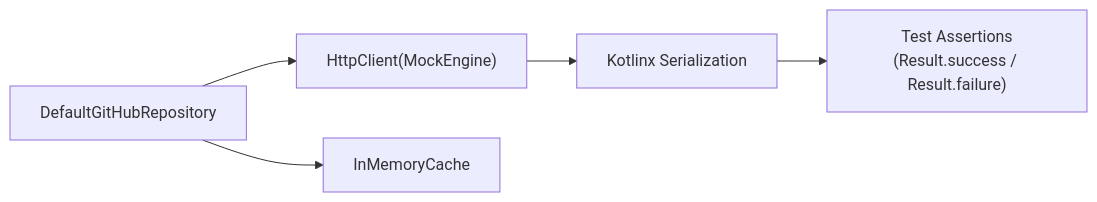
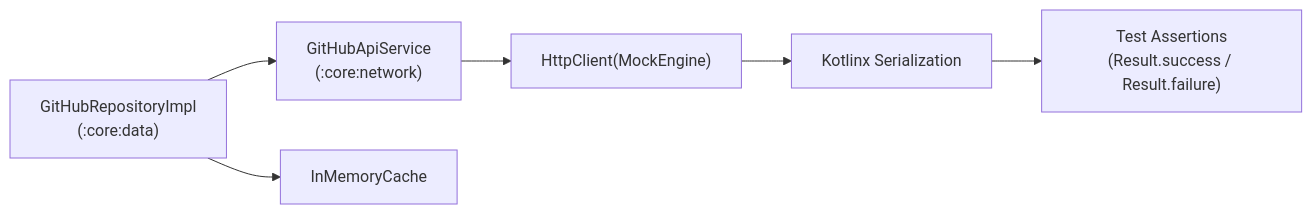
Before and after one commit to dinkar1708/dinakar-android-engineer-codecheck: the diagram in docs/02_project_architecture/testing/02_integration_testing.md, drawn with Mermaid. The commit also changed other lines of this file and 6 other files, not shown here.

First line of the commit message:
docs(testing): update architecture paths and add official testing references

````diff
--- a/docs/02_project_architecture/testing/02_integration_testing.md
+++ b/docs/02_project_architecture/testing/02_integration_testing.md
@@ -14,7 +14,8 @@
 ```mermaid
 flowchart LR
-    Repo["DefaultGitHubRepository"] --> KtorClient["HttpClient(MockEngine)"]
+    Repo["GitHubRepositoryImpl<br/>(:core:data)"] --> ApiService["GitHubApiService<br/>(:core:network)"]
+    ApiService --> KtorClient["HttpClient(MockEngine)"]
     KtorClient --> Serializer["Kotlinx Serialization"]
     Serializer --> Assertions["Test Assertions<br/>(Result.success / Result.failure)"]
     Repo --> Cache["InMemoryCache"]
 ```
````
